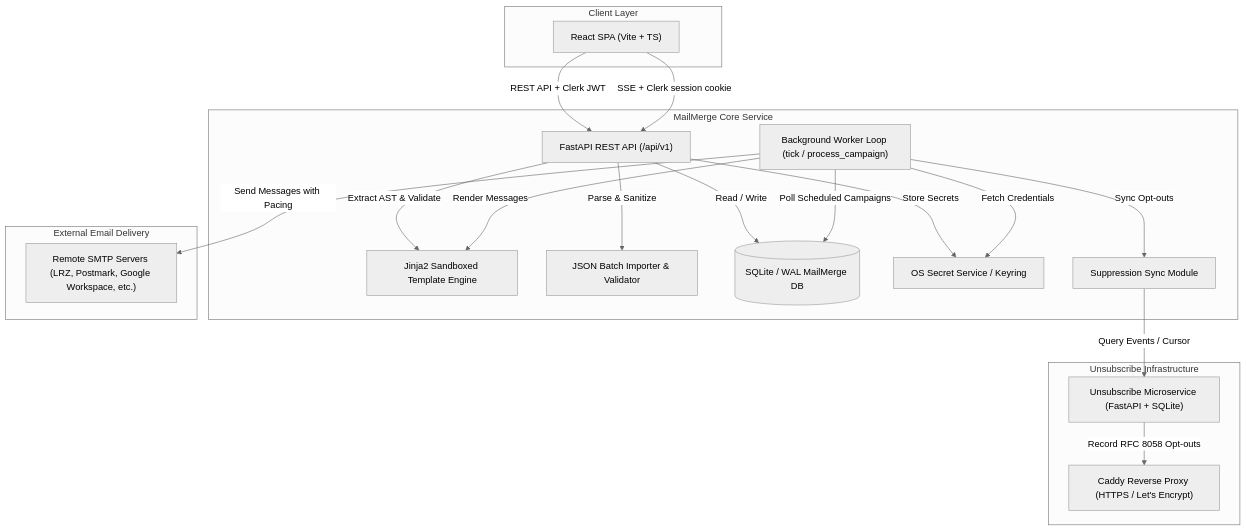
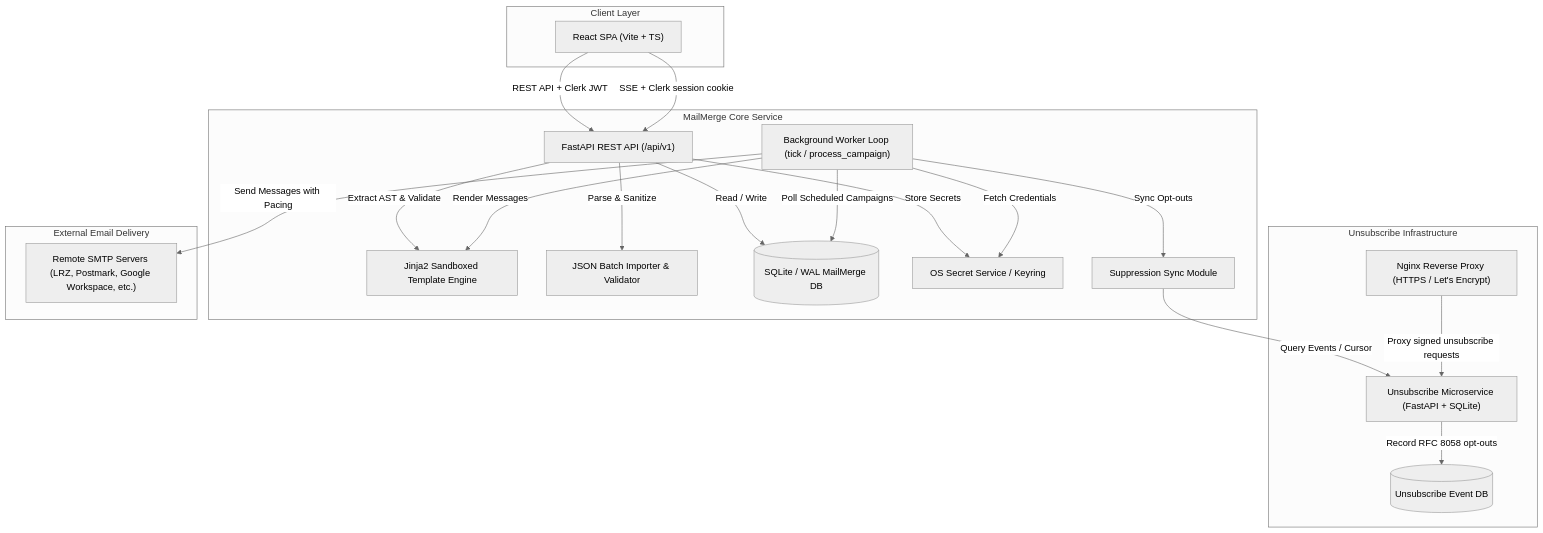
Before and after one commit to plus-bi/mailmerge: the diagram in docs/ARCHITECTURE.md, drawn with Mermaid (neutral theme). The commit also changed 18 other files, not shown here.

First line of the commit message:
feat: move unsubscribe flow to dedicated domain

````diff
--- a/docs/ARCHITECTURE.md
+++ b/docs/ARCHITECTURE.md
@@ -9,41 +9,43 @@
 ```mermaid
 flowchart TD
     subgraph Client Layer
         Browser["React SPA (Vite + TS)"]
     end
 
     subgraph MailMerge Core Service
         API["FastAPI REST API (/api/v1)"]
         Worker["Background Worker Loop (tick / process_campaign)"]
         Renderer["Jinja2 Sandboxed Template Engine"]
         JSONParser["JSON Batch Importer & Validator"]
         DB[(SQLite / WAL MailMerge DB)]
         Keyring["OS Secret Service / Keyring"]
         SuppressionSync["Suppression Sync Module"]
     end
 
     subgraph Unsubscribe Infrastructure
         UnsubService["Unsubscribe Microservice (FastAPI + SQLite)"]
-        Caddy["Caddy Reverse Proxy (HTTPS / Let's Encrypt)"]
+        UnsubDB[(Unsubscribe Event DB)]
+        Nginx["Nginx Reverse Proxy (HTTPS / Let's Encrypt)"]
     end
 
     subgraph External Email Delivery
         SMTP["Remote SMTP Servers (LRZ, Postmark, Google Workspace, etc.)"]
     end
 
     Browser -->|REST API + Clerk JWT| API
     Browser -->|SSE + Clerk session cookie| API
     API -->|Read / Write| DB
     API -->|Extract AST & Validate| Renderer
     API -->|Parse & Sanitize| JSONParser
     API -->|Store Secrets| Keyring
 
     Worker -->|Poll Scheduled Campaigns| DB
     Worker -->|Fetch Credentials| Keyring
     Worker -->|Render Messages| Renderer
     Worker -->|Send Messages with Pacing| SMTP
     Worker -->|Sync Opt-outs| SuppressionSync
 
     SuppressionSync -->|Query Events / Cursor| UnsubService
-    UnsubService -->|Record RFC 8058 Opt-outs| Caddy
+    Nginx -->|Proxy signed unsubscribe requests| UnsubService
+    UnsubService -->|Record RFC 8058 opt-outs| UnsubDB
 ```
````
